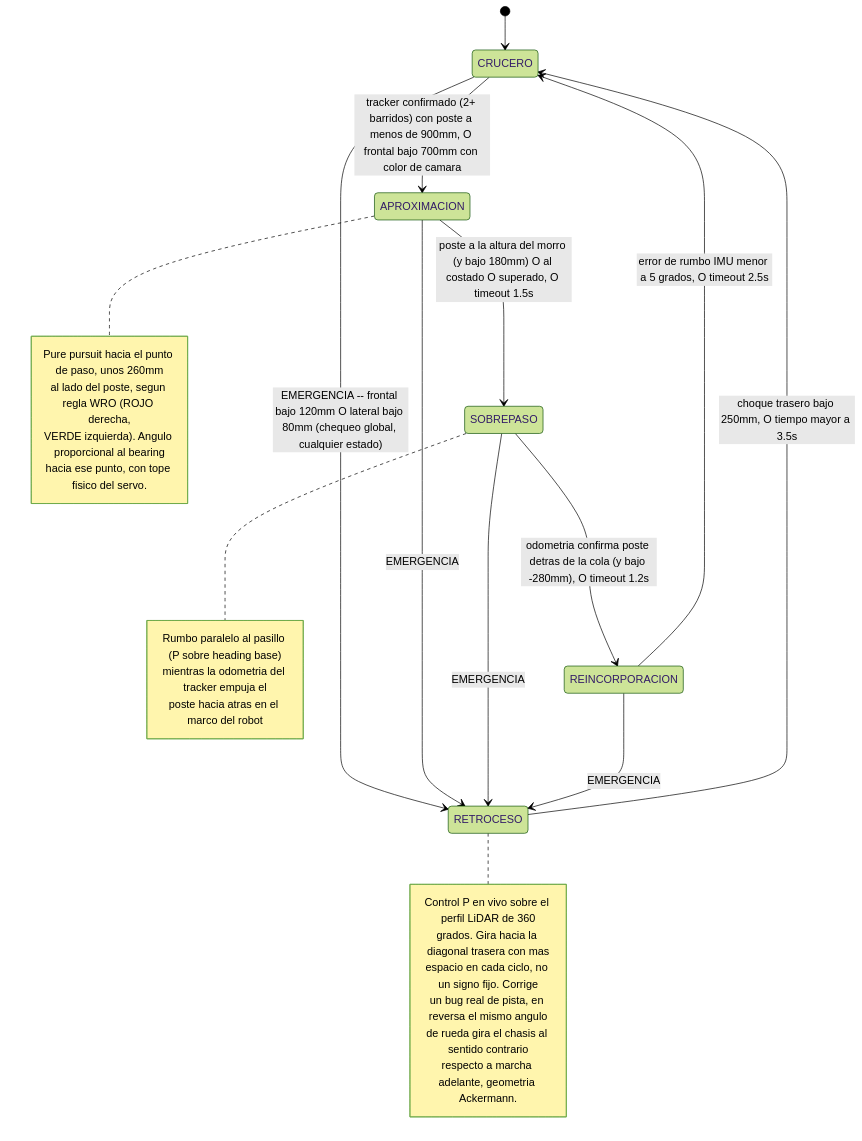
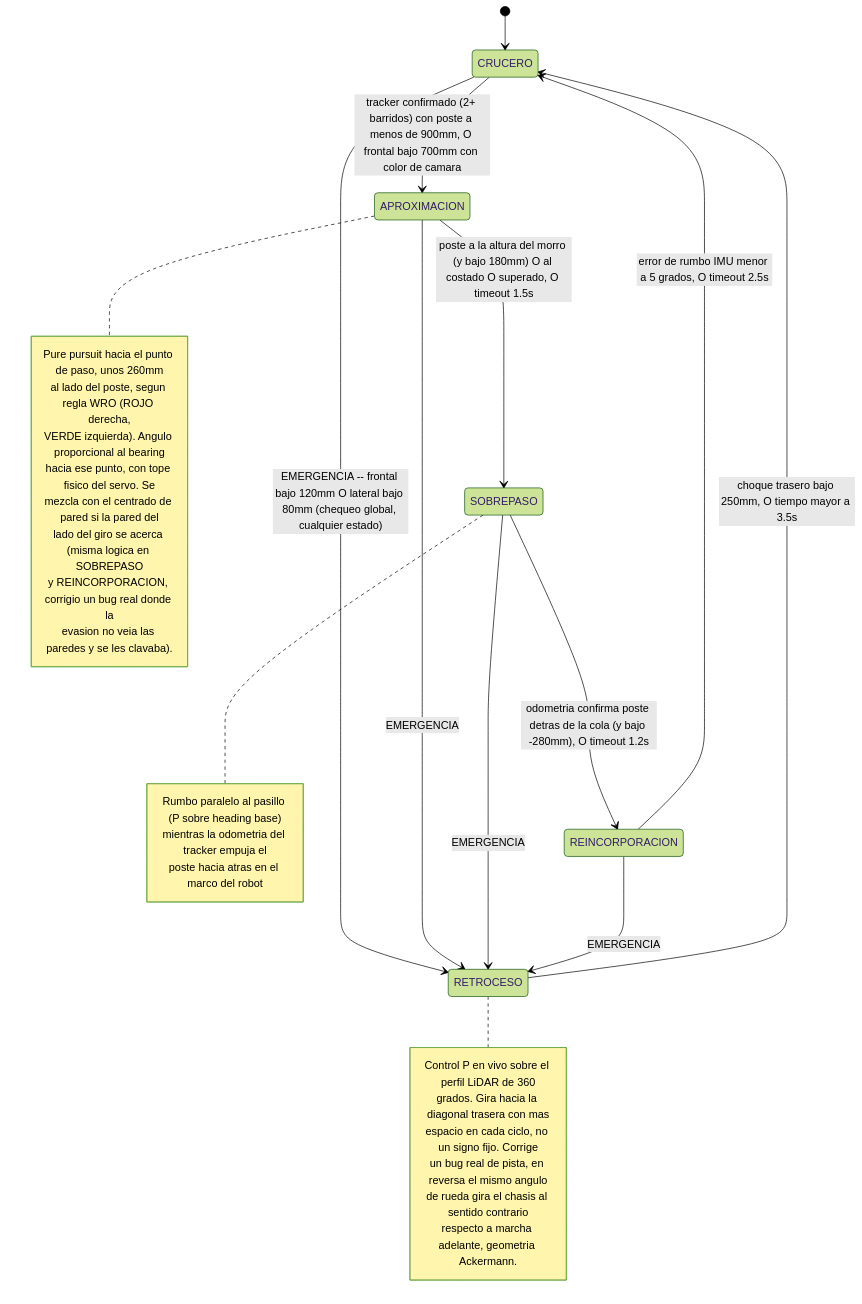
The third of 4 diagrams in README.md (Team-Los-Cedros/WRO-FE-26), drawn with Mermaid (forest theme) before and after one commit. The commit also changed 1 other file, not shown here.

````diff
--- a/README.md
+++ b/README.md
@@ -413,37 +413,41 @@
 ```mermaid
 stateDiagram-v2
     [*] --> CRUCERO
 
     CRUCERO --> APROXIMACION: tracker confirmado (2+ barridos) con poste a menos de 900mm, O frontal bajo 700mm con color de camara
     APROXIMACION --> SOBREPASO: poste a la altura del morro (y bajo 180mm) O al costado O superado, O timeout 1.5s
     SOBREPASO --> REINCORPORACION: odometria confirma poste detras de la cola (y bajo -280mm), O timeout 1.2s
     REINCORPORACION --> CRUCERO: error de rumbo IMU menor a 5 grados, O timeout 2.5s
 
     CRUCERO --> RETROCESO: EMERGENCIA -- frontal bajo 120mm O lateral bajo 80mm (chequeo global, cualquier estado)
     APROXIMACION --> RETROCESO: EMERGENCIA
     SOBREPASO --> RETROCESO: EMERGENCIA
     REINCORPORACION --> RETROCESO: EMERGENCIA
     RETROCESO --> CRUCERO: choque trasero bajo 250mm, O tiempo mayor a 3.5s
 
     note right of APROXIMACION
         Pure pursuit hacia el punto de paso, unos 260mm
         al lado del poste, segun regla WRO (ROJO derecha,
         VERDE izquierda). Angulo proporcional al bearing
-        hacia ese punto, con tope fisico del servo.
+        hacia ese punto, con tope fisico del servo. Se
+        mezcla con el centrado de pared si la pared del
+        lado del giro se acerca (misma logica en SOBREPASO
+        y REINCORPORACION, corrigio un bug real donde la
+        evasion no veia las paredes y se les clavaba).
     end note
 
     note right of SOBREPASO
         Rumbo paralelo al pasillo (P sobre heading base)
         mientras la odometria del tracker empuja el
         poste hacia atras en el marco del robot
     end note
 
     note right of RETROCESO
         Control P en vivo sobre el perfil LiDAR de 360
         grados. Gira hacia la diagonal trasera con mas
         espacio en cada ciclo, no un signo fijo. Corrige
         un bug real de pista, en reversa el mismo angulo
         de rueda gira el chasis al sentido contrario
         respecto a marcha adelante, geometria Ackermann.
     end note
 ```
````
